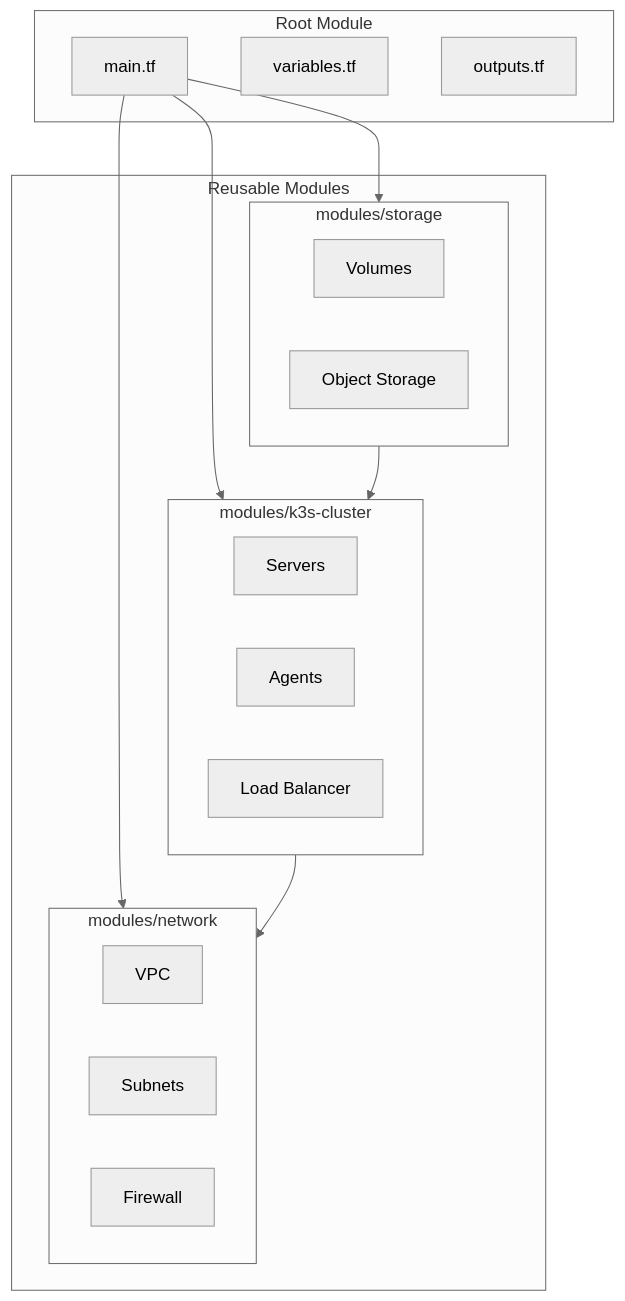
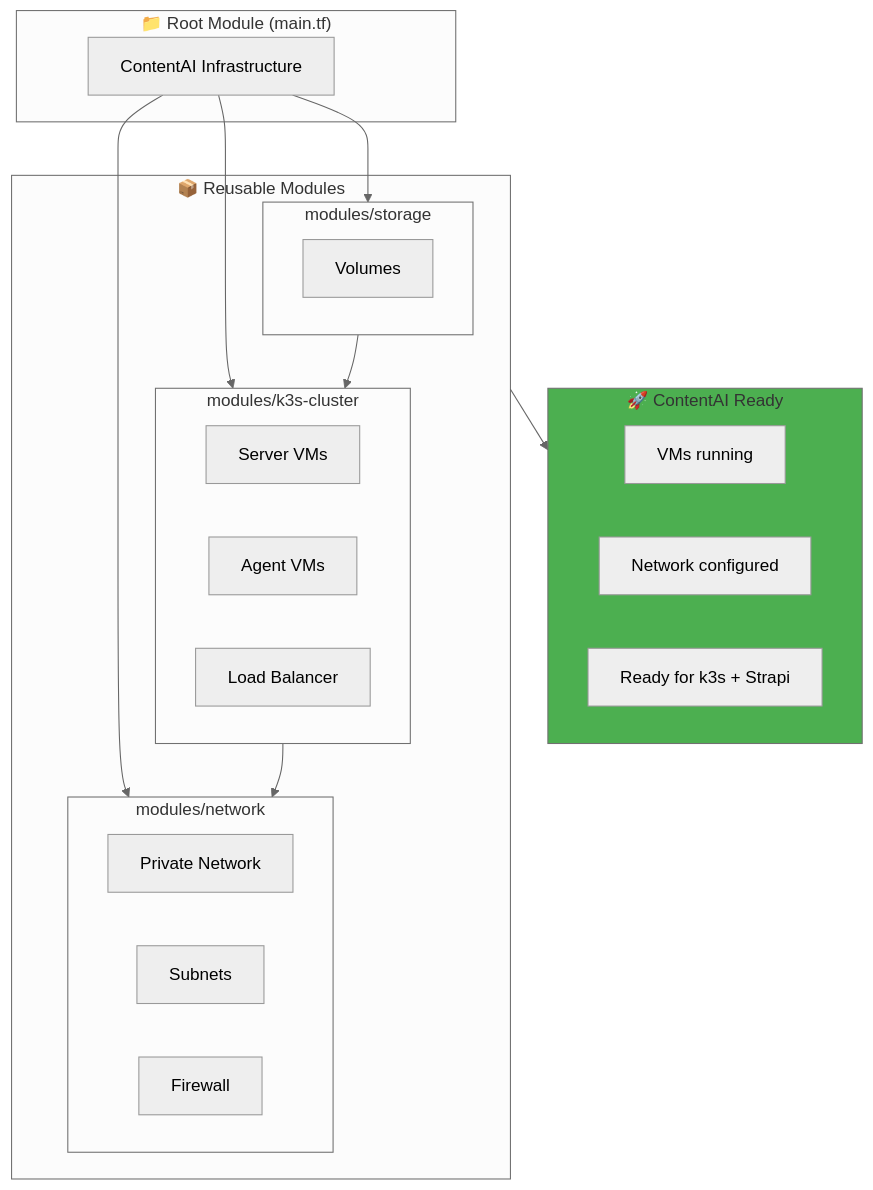
Before and after one commit to PearlThoughtsInternship/Internship-Obsidian-Vault: the second of 4 diagrams in DevOps/02-Engineering/02-Infrastructure-as-Code.md, drawn with Mermaid (neutral theme). The commit also changed other lines of this file, not shown here.

First line of the commit message:
Add ContentAI product-first context to documentation

````diff
--- a/DevOps/02-Engineering/02-Infrastructure-as-Code.md
+++ b/DevOps/02-Engineering/02-Infrastructure-as-Code.md
@@ -117,33 +107,39 @@
 ```mermaid
 flowchart TB
-    subgraph Root["Root Module"]
-        Main["main.tf"]
-        Vars["variables.tf"]
-        Out["outputs.tf"]
+    subgraph Root["📁 Root Module (main.tf)"]
+        Main["ContentAI Infrastructure"]
     end
 
-    subgraph Modules["Reusable Modules"]
+    subgraph Modules["📦 Reusable Modules"]
         subgraph Network["modules/network"]
-            N1["VPC"]
+            N1["Private Network"]
             N2["Subnets"]
             N3["Firewall"]
         end
 
-        subgraph Compute["modules/k3s-cluster"]
-            C1["Servers"]
-            C2["Agents"]
+        subgraph Cluster["modules/k3s-cluster"]
+            C1["Server VMs"]
+            C2["Agent VMs"]
             C3["Load Balancer"]
         end
 
         subgraph Storage["modules/storage"]
             S1["Volumes"]
-            S2["Object Storage"]
         end
     end
 
+    subgraph Result["🚀 ContentAI Ready"]
+        R1["VMs running"]
+        R2["Network configured"]
+        R3["Ready for k3s + Strapi"]
+    end
+
     Main --> Network
-    Main --> Compute
+    Main --> Cluster
     Main --> Storage
-    Compute --> Network
-    Storage --> Compute
+    Cluster --> Network
+    Storage --> Cluster
+    Modules --> Result
+
+    style Result fill:#4CAF50
 ```
````
